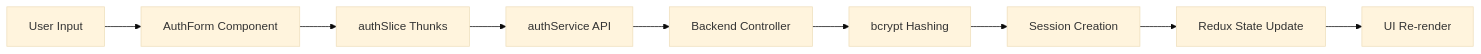
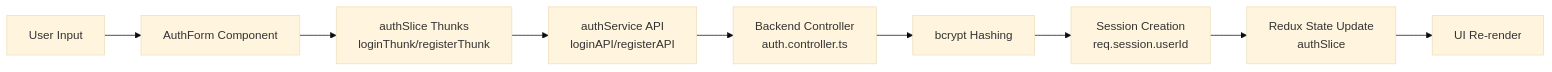
One commit to MONA100421/ShopFlow changed the first of 3 diagrams in README.md. Above: the diagram before and after it, drawn with Mermaid (base theme). The commit also changed other lines of this file, not shown here.

````diff
--- a/README.md
+++ b/README.md
@@ -39,11 +39,11 @@
 ```mermaid
 graph LR
     A[User Input] --> B[AuthForm Component]
-    B --> C[authSlice Thunks]
-    C --> D[authService API]
-    D --> E[Backend Controller]
+    B --> C[authSlice Thunks<br/>loginThunk/registerThunk]
+    C --> D[authService API<br/>loginAPI/registerAPI]
+    D --> E[Backend Controller<br/>auth.controller.ts]
     E --> F[bcrypt Hashing]
-    F --> G[Session Creation]
-    G --> H[Redux State Update]
+    F --> G[Session Creation<br/>req.session.userId]
+    G --> H[Redux State Update<br/>authSlice]
     H --> I[UI Re-render]
 ```
````
